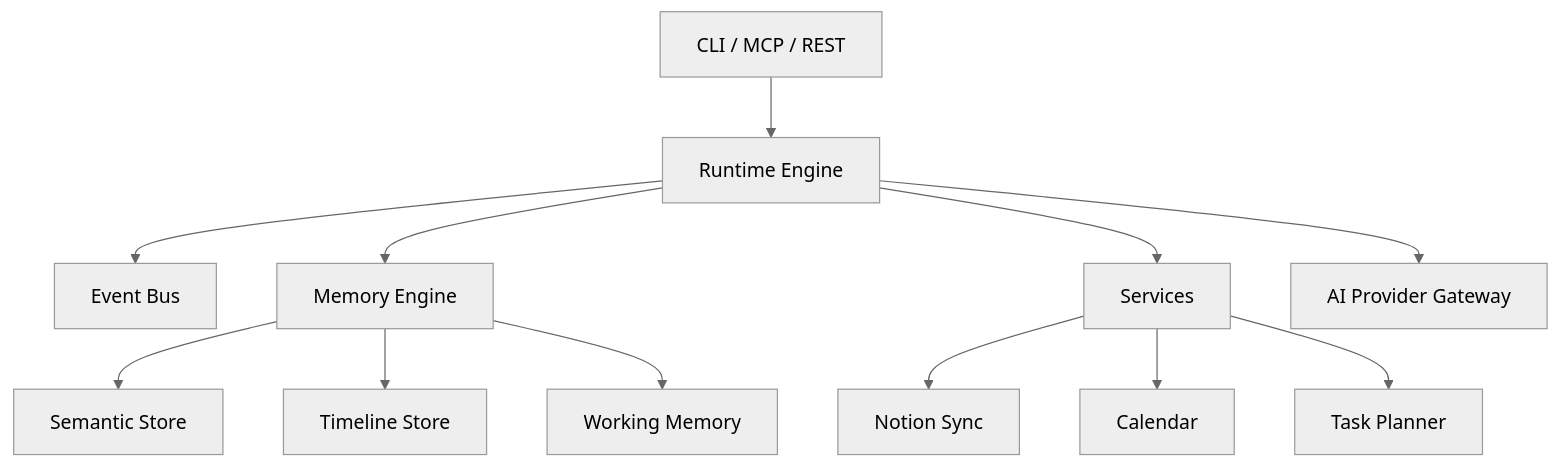
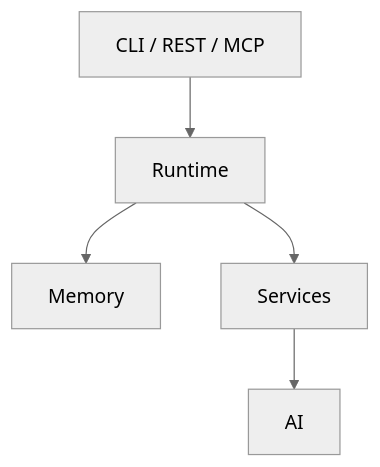
One commit to saaedimam/jervis changed the diagram in README.md. Above: the diagram before and after it, drawn with Mermaid (neutral theme). The commit also changed other lines of this file, not shown here.

````diff
--- a/README.md
+++ b/README.md
@@ -81,16 +79,7 @@
 ```mermaid
 graph TD
-    Client[CLI / MCP / REST] --> Runtime[Runtime Engine]
-    Runtime --> EventBus[Event Bus]
-    Runtime --> Memory[Memory Engine]
-    Runtime --> Services[Services]
-    Runtime --> AIPortal[AI Provider Gateway]
-    
-    Memory --> Semantic[Semantic Store]
-    Memory --> Timeline[Timeline Store]
-    Memory --> Working[Working Memory]
-    
-    Services --> Notion[Notion Sync]
-    Services --> Calendar[Calendar]
-    Services --> Planner[Task Planner]
+    Client[CLI / REST / MCP] --> Runtime
+    Runtime --> Memory
+    Runtime --> Services
+    Services --> AI
 ```
````
